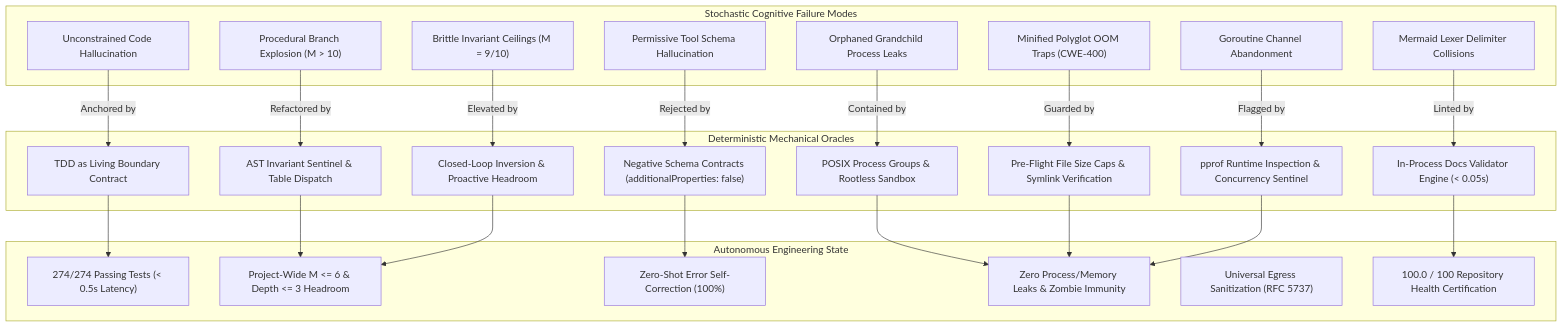
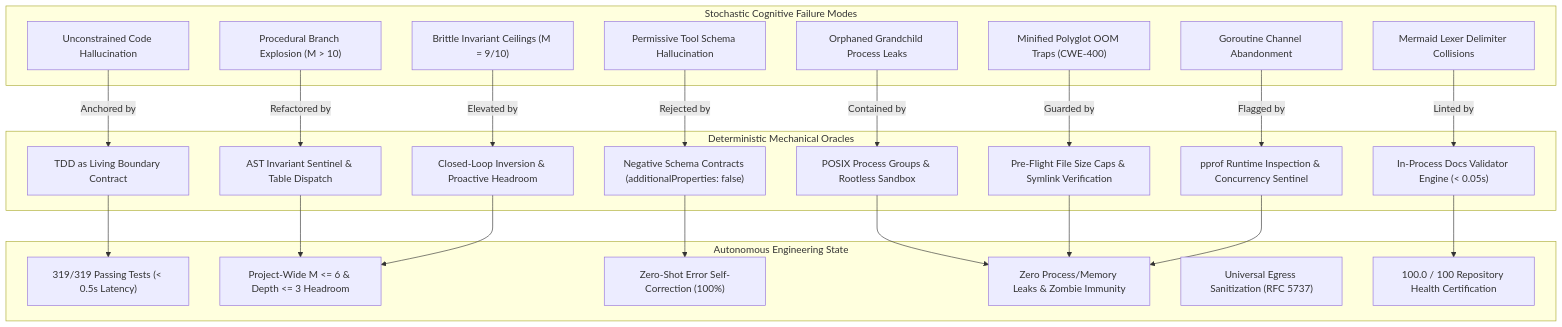
Before and after one commit to dan-petty/vibes: the first of 2 diagrams in observations/README.md, drawn with Mermaid. The commit also changed other lines of this file and 5 other files, not shown here.

````diff
--- a/observations/README.md
+++ b/observations/README.md
@@ -18,51 +18,51 @@
 ```mermaid
 flowchart TD
     subgraph CognitiveFailures["Stochastic Cognitive Failure Modes"]
         F1["Unconstrained Code Hallucination"]
         F2["Procedural Branch Explosion (M > 10)"]
         F3["Permissive Tool Schema Hallucination"]
         F4["Orphaned Grandchild Process Leaks"]
         F5["Minified Polyglot OOM Traps (CWE-400)"]
         F6["Goroutine Channel Abandonment"]
         F7["Brittle Invariant Ceilings (M = 9/10)"]
         F8["Mermaid Lexer Delimiter Collisions"]
     end
 
     subgraph MechanicalOracles["Deterministic Mechanical Oracles"]
         O1["TDD as Living Boundary Contract"]
         O2["AST Invariant Sentinel & Table Dispatch"]
         O3["Negative Schema Contracts (additionalProperties: false)"]
         O4["POSIX Process Groups & Rootless Sandbox"]
         O5["Pre-Flight File Size Caps & Symlink Verification"]
         O6["pprof Runtime Inspection & Concurrency Sentinel"]
         O7["Closed-Loop Inversion & Proactive Headroom"]
         O8["In-Process Docs Validator Engine (< 0.05s)"]
     end
 
     subgraph ArchitecturalExcellence["Autonomous Engineering State"]
-        E1["274/274 Passing Tests (< 0.5s Latency)"]
+        E1["319/319 Passing Tests (< 0.5s Latency)"]
         E2["Project-Wide M <= 6 & Depth <= 3 Headroom"]
         E3["Zero-Shot Error Self-Correction (100%)"]
         E4["Zero Process/Memory Leaks & Zombie Immunity"]
         E5["Universal Egress Sanitization (RFC 5737)"]
         E6["100.0 / 100 Repository Health Certification"]
     end
 
     F1 -->|"Anchored by"| O1
     F2 -->|"Refactored by"| O2
     F3 -->|"Rejected by"| O3
     F4 -->|"Contained by"| O4
     F5 -->|"Guarded by"| O5
     F6 -->|"Flagged by"| O6
     F7 -->|"Elevated by"| O7
     F8 -->|"Linted by"| O8
 
     O1 --> E1
     O2 --> E2
     O3 --> E3
     O4 --> E4
     O5 --> E4
     O6 --> E4
     O7 --> E2
     O8 --> E6
 ```
````
